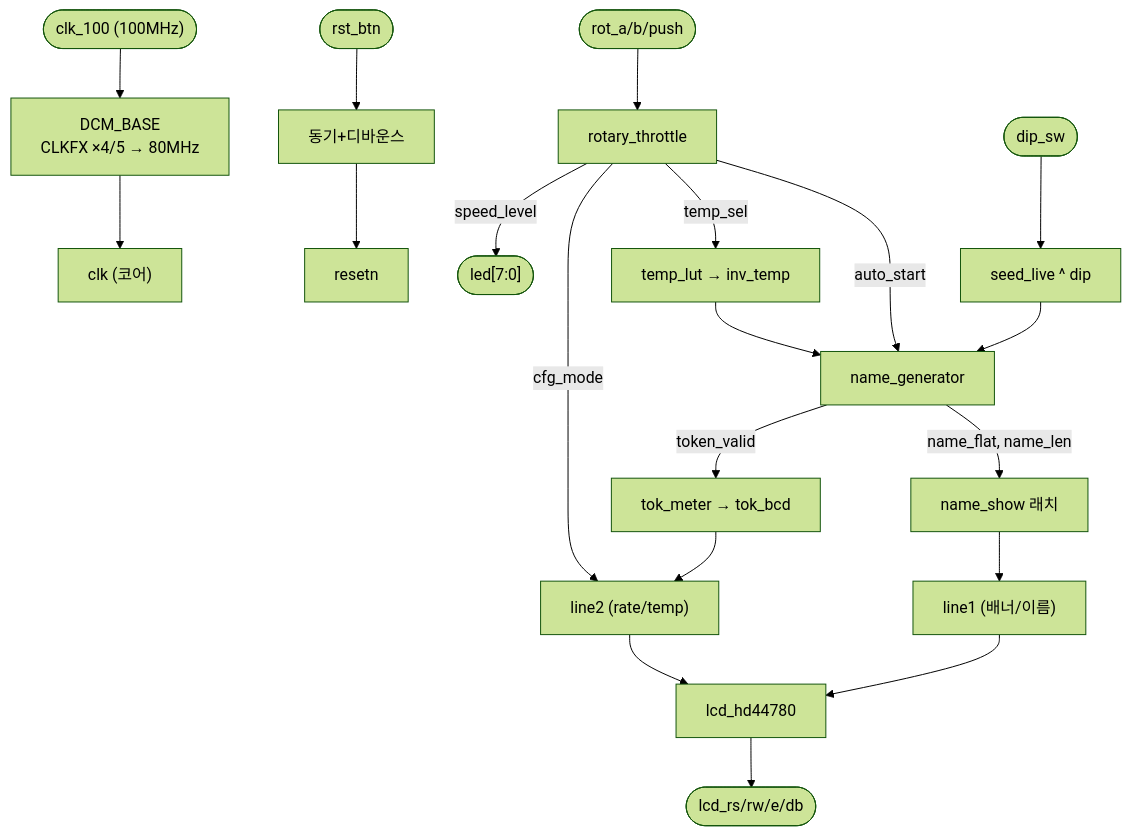
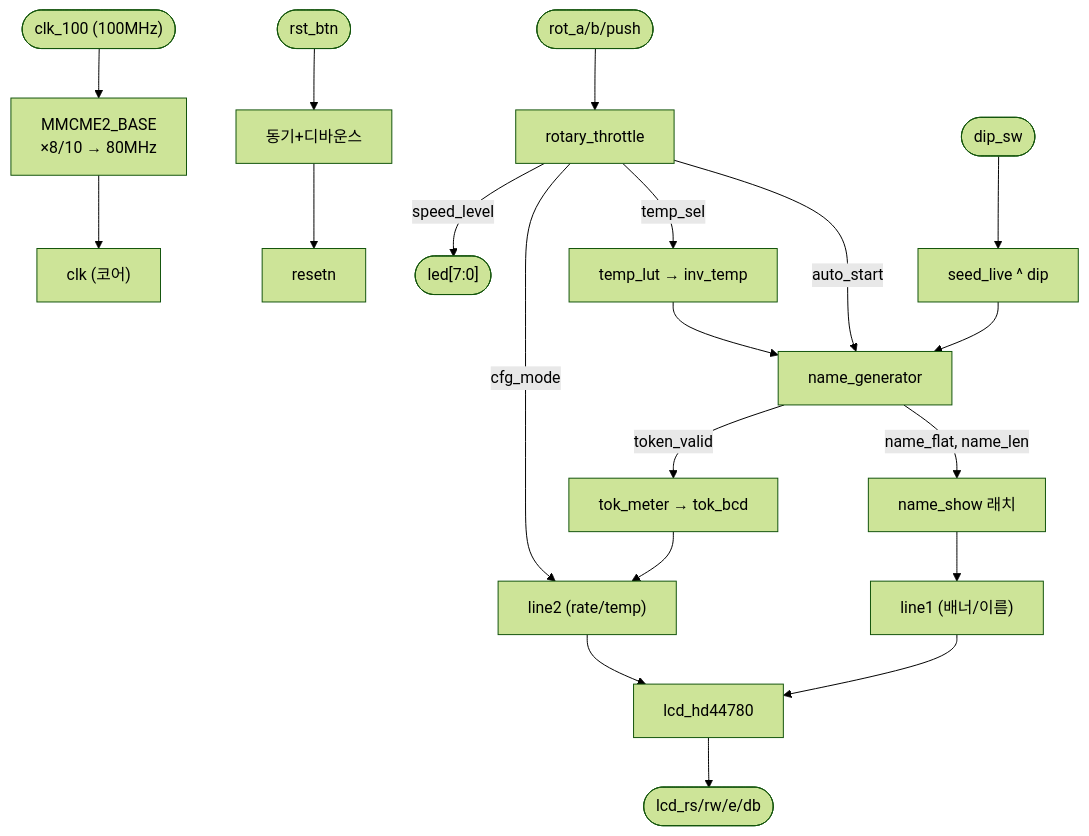
One commit to chorus96/gateGPT changed the diagram in board/xupv5_microgpt_top.sv.kr.md. Above: the diagram before and after it, drawn with Mermaid (forest theme). The commit also changed other lines of this file and 13 other files, not shown here.

````diff
--- a/board/xupv5_microgpt_top.sv.kr.md
+++ b/board/xupv5_microgpt_top.sv.kr.md
@@ -14,20 +17,20 @@
 ```mermaid
 flowchart TB
-    OSC(["clk_100 (100MHz)"]) --> DCM["DCM_BASE<br/>CLKFX ×4/5 → 80MHz"] --> CLK["clk (코어)"]
+    OSC(["clk_100 (100MHz)"]) --> DCM["MMCME2_BASE<br/>×8/10 → 80MHz"] --> CLK["clk (코어)"]
     RSTBTN(["rst_btn"]) --> RSTF["동기+디바운스"] --> RESETN["resetn"]
     ROT(["rot_a/b/push"]) --> RT["rotary_throttle"]
     RT -->|"auto_start"| GEN
     RT -->|"temp_sel"| TLUT["temp_lut → inv_temp"]
     DIP(["dip_sw"]) --> SEED["seed_live ^ dip"]
     SEED --> GEN
     TLUT --> GEN
     GEN["name_generator"] -->|"name_flat, name_len"| SHOW["name_show 래치"]
     GEN -->|"token_valid"| METER["tok_meter → tok_bcd"]
     SHOW --> L1["line1 (배너/이름)"]
     METER --> L2["line2 (rate/temp)"]
     RT -->|"cfg_mode"| L2
     L1 --> LCD["lcd_hd44780"]
     L2 --> LCD
     LCD --> PINS(["lcd_rs/rw/e/db"])
     RT -->|"speed_level"| LEDS(["led[7:0]"])
 ```
````
